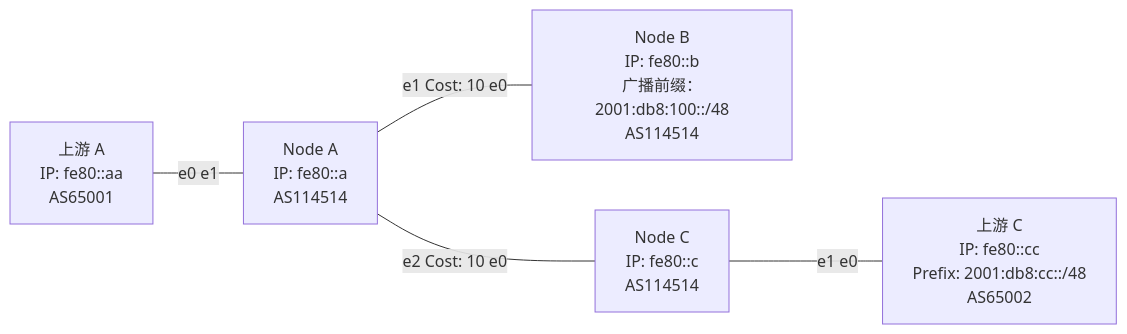
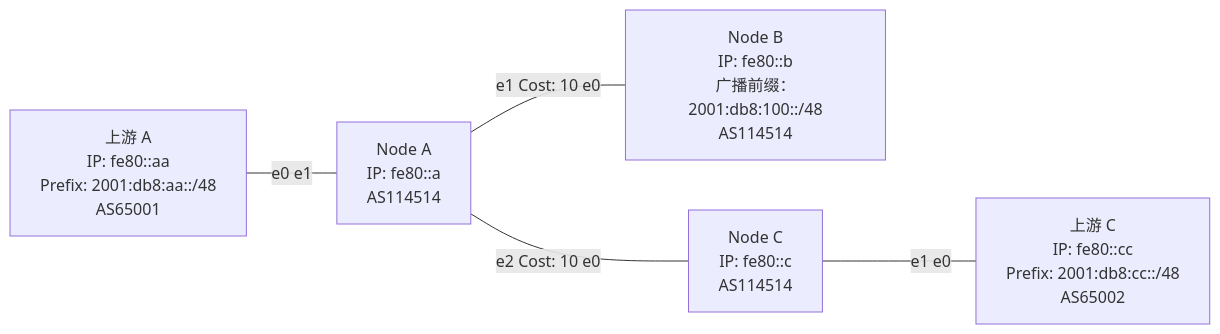
One commit to SkywolfCloud/routing-wiki changed the diagram in src/content/docs/beginner/multi-location/lab.mdx. Above: the diagram before and after it, drawn with Mermaid. The commit also changed other lines of this file and 1 other file, not shown here.

````diff
--- a/src/content/docs/beginner/multi-location/lab.mdx
+++ b/src/content/docs/beginner/multi-location/lab.mdx
@@ -10,12 +12,12 @@
 ```mermaid
 graph LR
-  UpA[上游 A<br/>IP: fe80::aa<br/>AS65001]
+  UpA[上游 A<br/>IP: fe80::aa<br/>Prefix: 2001:db8:aa::/48<br/>AS65001]
   A[Node A<br/>IP: fe80::a<br/>AS114514]
   B[Node B<br/>IP: fe80::b<br/>广播前缀：2001:db8:100::/48<br/>AS114514]
   C[Node C<br/>IP: fe80::c<br/>AS114514]
   UpC[上游 C<br/>IP: fe80::cc<br/>Prefix: 2001:db8:cc::/48<br/>AS65002]
   UpA ---|"e0   e1"| A
   A ---|"e1  Cost: 10  e0"| B
   A ---|"e2  Cost: 10  e0"| C
   C ---|"e1   e0"| UpC
 ```
````
